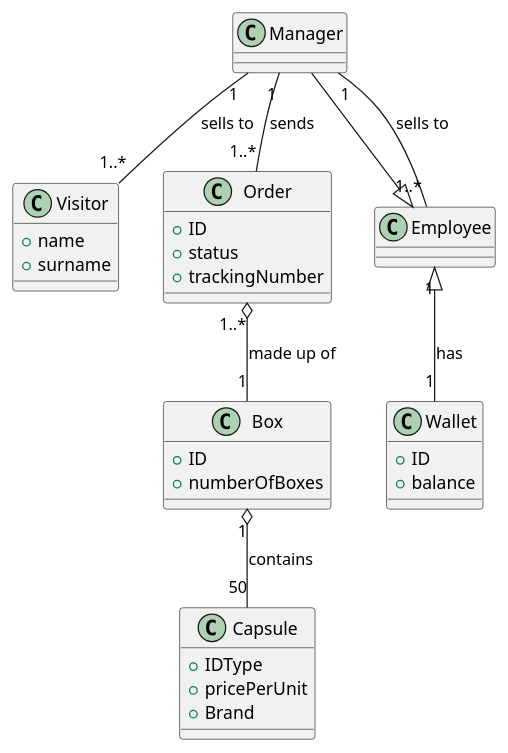
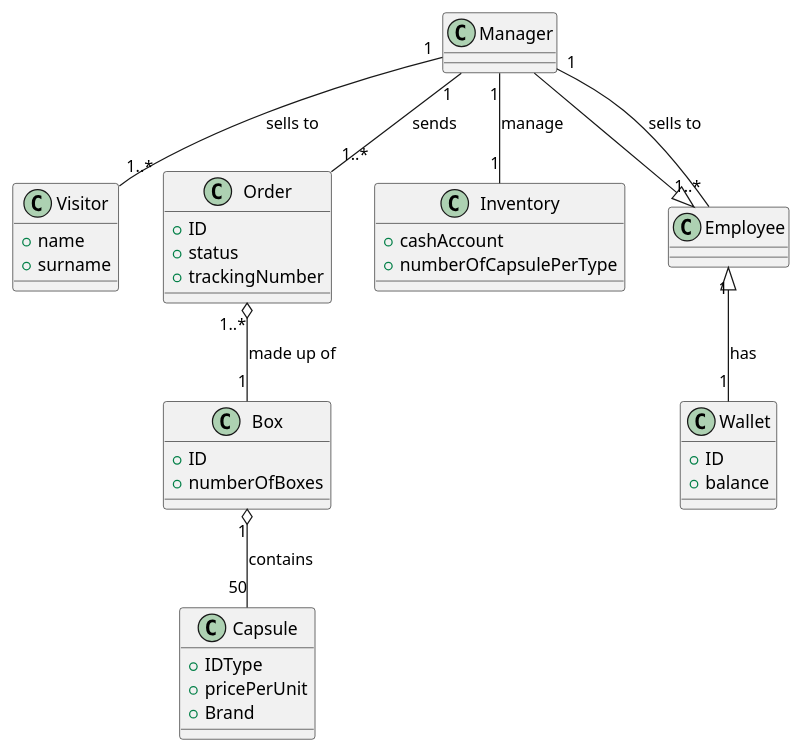
The second of 2 diagrams in templates/RequirementsTemplate.md (DarkSee/LaTazza), drawn with PlantUML before and after one commit. The commit also changed other lines of this file, not shown here.

Commit message:
Update Stakeholders Table and UML class diagram with the class Inventory

````diff
--- a/templates/RequirementsTemplate.md
+++ b/templates/RequirementsTemplate.md
@@ -140,39 +142,45 @@
 ```plantuml
 class Manager {
 }
 
 class Visitor {
   +name
   +surname
 }
 
 class Capsule {
   +IDType
   +pricePerUnit
   +Brand
 }
 
 class Box {
   +ID
   +numberOfBoxes
 }
 
 class Order{
   +ID
   +status
   +trackingNumber
 }
 
 class Wallet {
   +ID
   +balance
 }
 
+class Inventory {
+   +cashAccount
+   +numberOfCapsulePerType
+}
+
 Manager --|> Employee
 Box "1" o-- "50" Capsule : contains
 Order "1..*" o-- "1" Box : made up of
 Manager "1" -- "1..*" Order : sends
 Employee "1" <|-- "1" Wallet : has
 Manager "1" -- "1..*" Visitor : sells to
 Manager "1" -- "1..*" Employee : sells to
+Manager "1" -- "1" Inventory : manage
 ```
````
